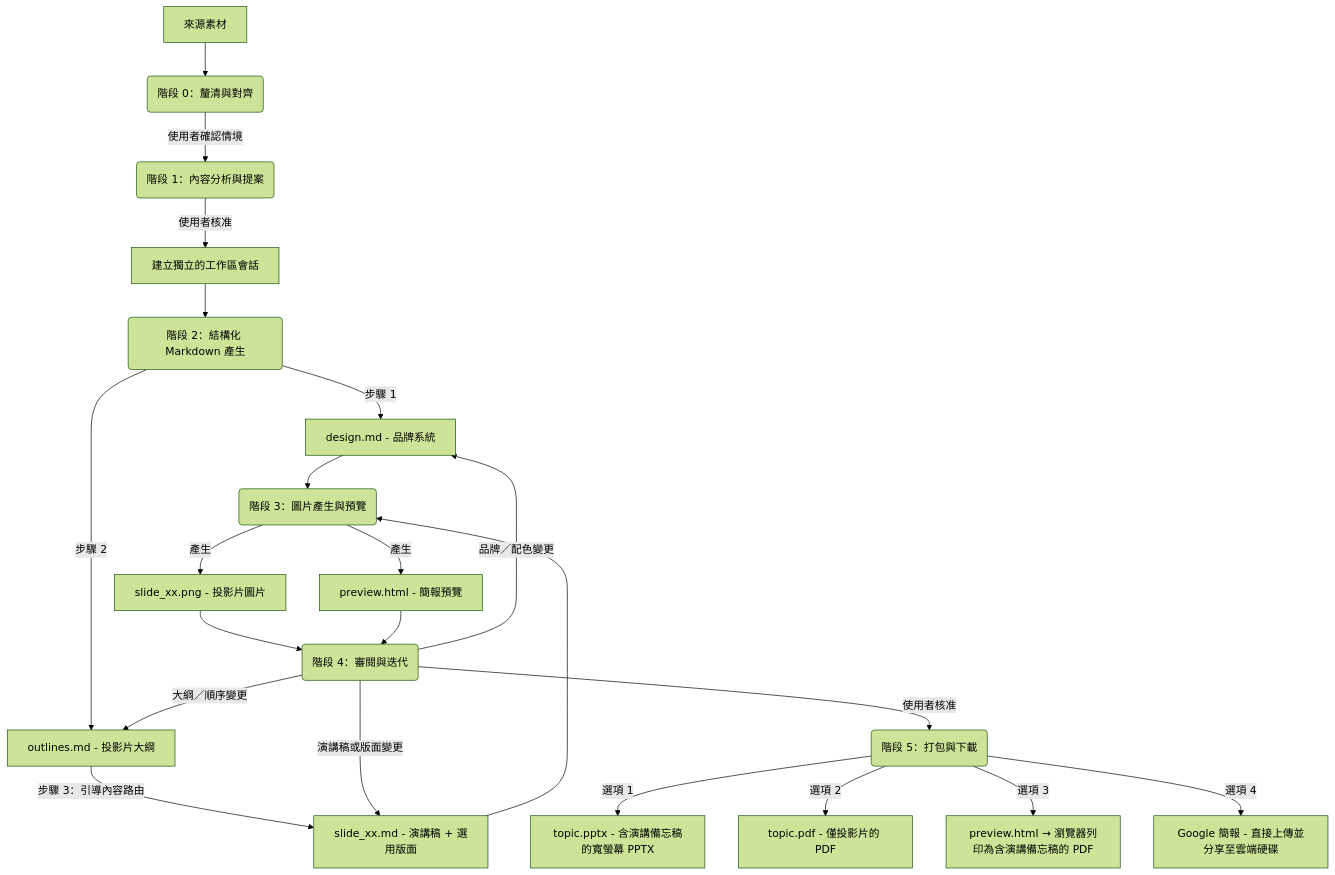
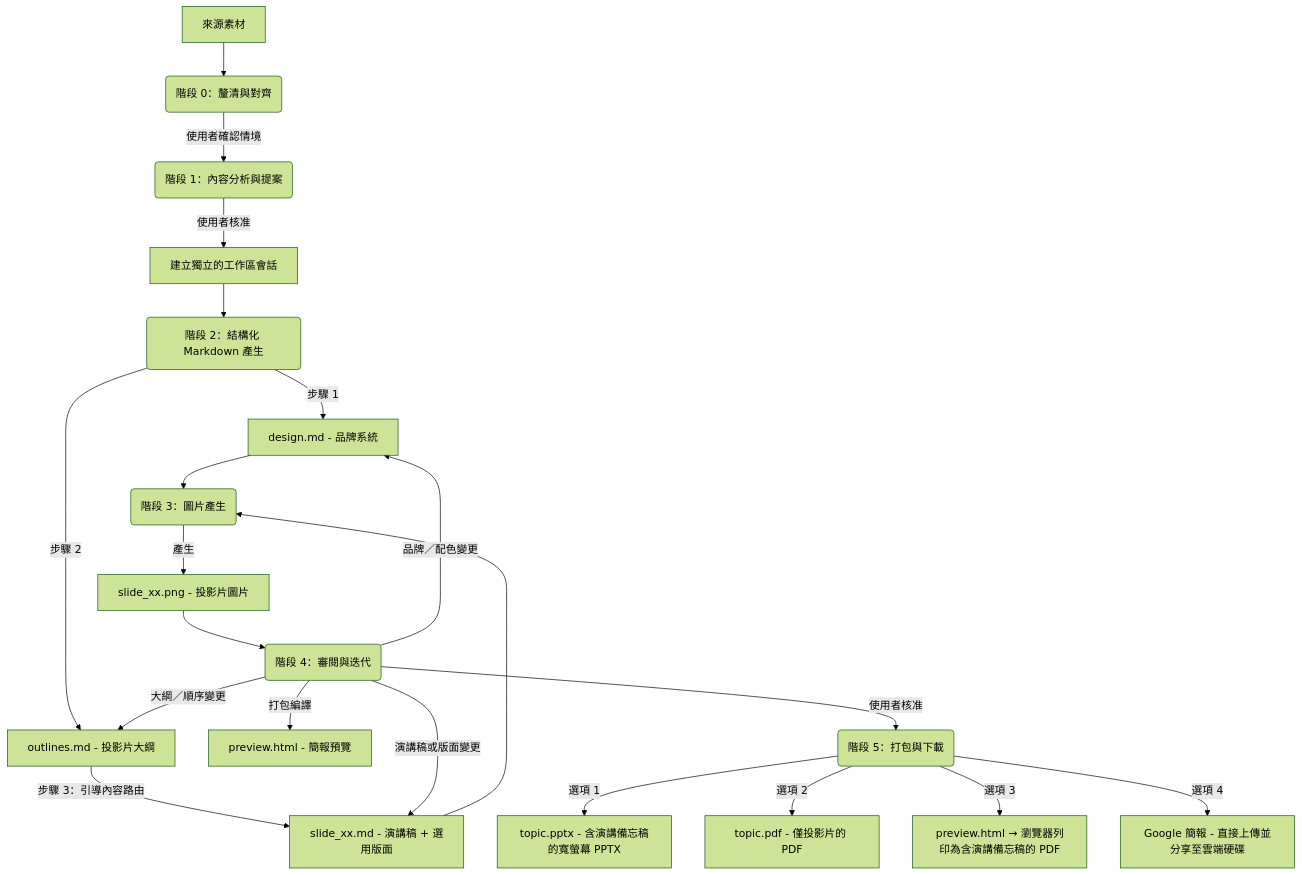
Before and after one commit to sylphlin/slide-gen-agent: the diagram in README.zh-TW.md, drawn with Mermaid (forest theme). The commit also changed other lines of this file and 6 other files, not shown here.

````diff
--- a/README.zh-TW.md
+++ b/README.zh-TW.md
@@ -23,27 +23,26 @@
 ```mermaid
 graph TD
     A[來源素材] --> A0(階段 0：釐清與對齊)
     A0 -->|使用者確認情境| B(階段 1：內容分析與提案)
     B -->|使用者核准| C[建立獨立的工作區會話]
     C --> D(階段 2：結構化 Markdown 產生)
 
     D -->|步驟 1| E1[design.md - 品牌系統]
     D -->|步驟 2| E2[outlines.md - 投影片大綱]
     E2 -->|步驟 3：引導內容路由| E3[slide_xx.md - 演講稿 + 選用版面]
 
-    E1 & E3 --> F(階段 3：圖片產生與預覽)
+    E1 & E3 --> F(階段 3：圖片產生)
     F -->|產生| G1[slide_xx.png - 投影片圖片]
-    F -->|產生| G2[preview.html - 簡報預覽]
-
-    G1 & G2 --> H(階段 4：審閱與迭代)
+    G1 --> H(階段 4：審閱與迭代)
+    H -->|打包編譯| G2[preview.html - 簡報預覽]
 
     H -->|演講稿或版面變更| E3
     H -->|大綱／順序變更| E2
     H -->|品牌／配色變更| E1
 
     H -->|使用者核准| I(階段 5：打包與下載)
     I -->|選項 1| J[topic.pptx - 含演講備忘稿的寬螢幕 PPTX]
     I -->|選項 2| K[topic.pdf - 僅投影片的 PDF]
     I -->|選項 3| L[preview.html → 瀏覽器列印為含演講備忘稿的 PDF]
     I -->|選項 4| M[Google 簡報 - 直接上傳並分享至雲端硬碟]
 ```
````
